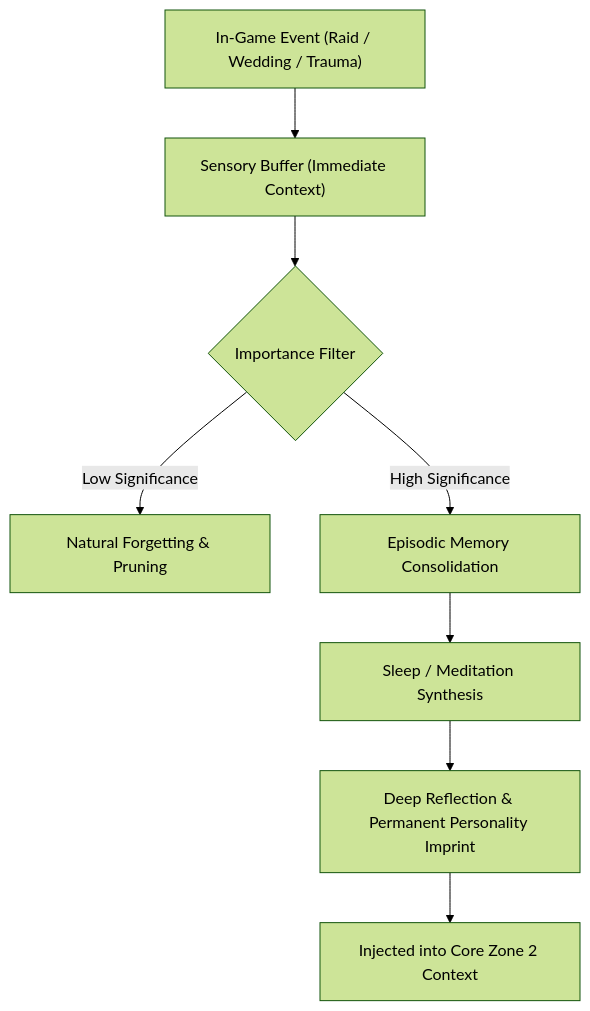
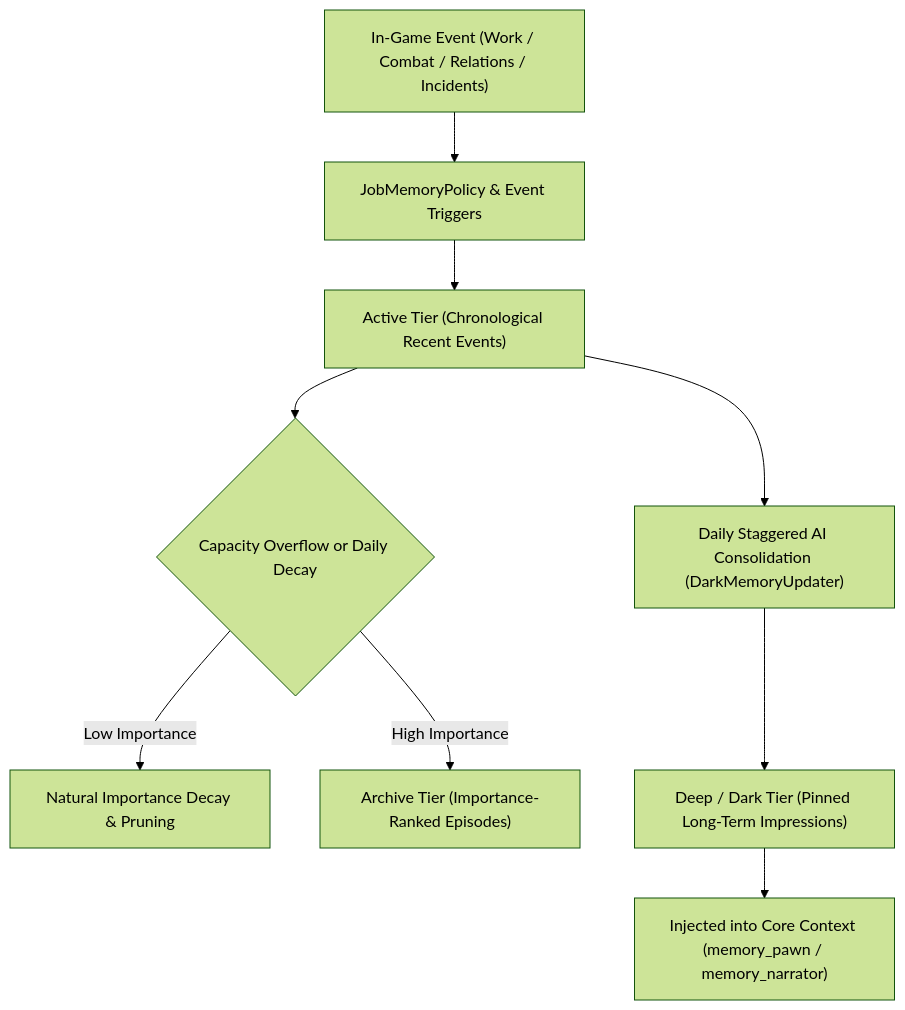
The diagram in README.md (RimWorld-RimMind-Mod/RimWorld-RimMind-Mod-Memory), drawn with Mermaid (forest theme) before and after one commit. The commit also changed other lines of this file and 47 other files, not shown here.

First line of the commit message:
fix(memory): fix ActionSkipCheck P0, data-driven JobMemoryPolicy, tick throttling, and schema registration (#27)

````diff
--- a/README.md
+++ b/README.md
@@ -41,10 +41,11 @@
 ```mermaid
 flowchart TD
-    RawEvent["In-Game Event (Raid / Wedding / Trauma)"] --> L1["Sensory Buffer (Immediate Context)"]
-    L1 --> Filter{"Importance Filter"}
-    Filter -- Low Significance --> Decay["Natural Forgetting & Pruning"]
-    Filter -- High Significance --> L2["Episodic Memory Consolidation"]
-    L2 --> Synthesis["Sleep / Meditation Synthesis"]
-    Synthesis --> L3["Deep Reflection & Permanent Personality Imprint"]
-    L3 --> Prompt["Injected into Core Zone 2 Context"]
+    RawEvent["In-Game Event (Work / Combat / Relations / Incidents)"] --> Policy["JobMemoryPolicy & Event Triggers"]
+    Policy --> Active["Active Tier (Chronological Recent Events)"]
+    Active --> Overflow{"Capacity Overflow or Daily Decay"}
+    Overflow -- Low Importance --> Decay["Natural Importance Decay & Pruning"]
+    Overflow -- High Importance --> Archive["Archive Tier (Importance-Ranked Episodes)"]
+    Active --> DailyConsolidation["Daily Staggered AI Consolidation (DarkMemoryUpdater)"]
+    DailyConsolidation --> Dark["Deep / Dark Tier (Pinned Long-Term Impressions)"]
+    Dark --> Prompt["Injected into Core Context (memory_pawn / memory_narrator)"]
 ```
````
